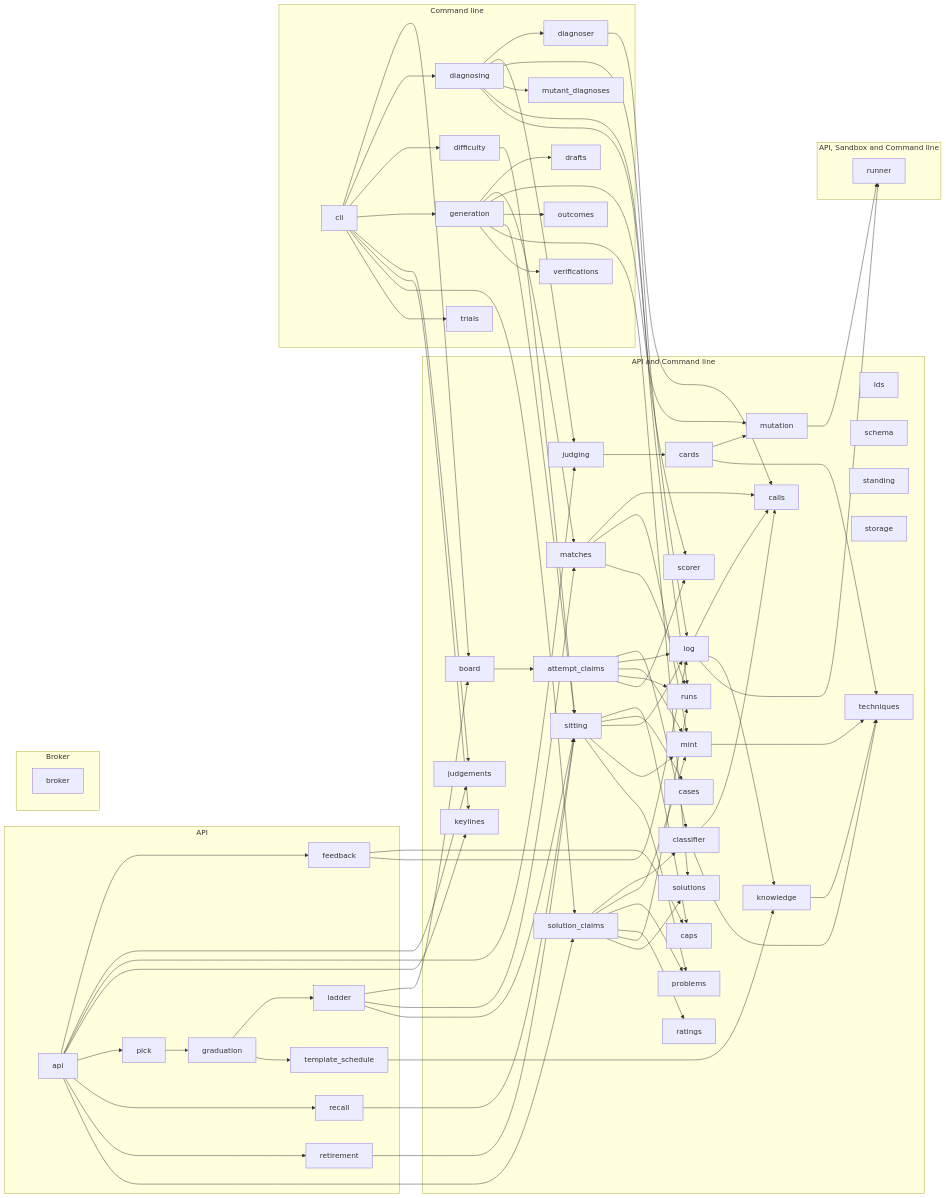
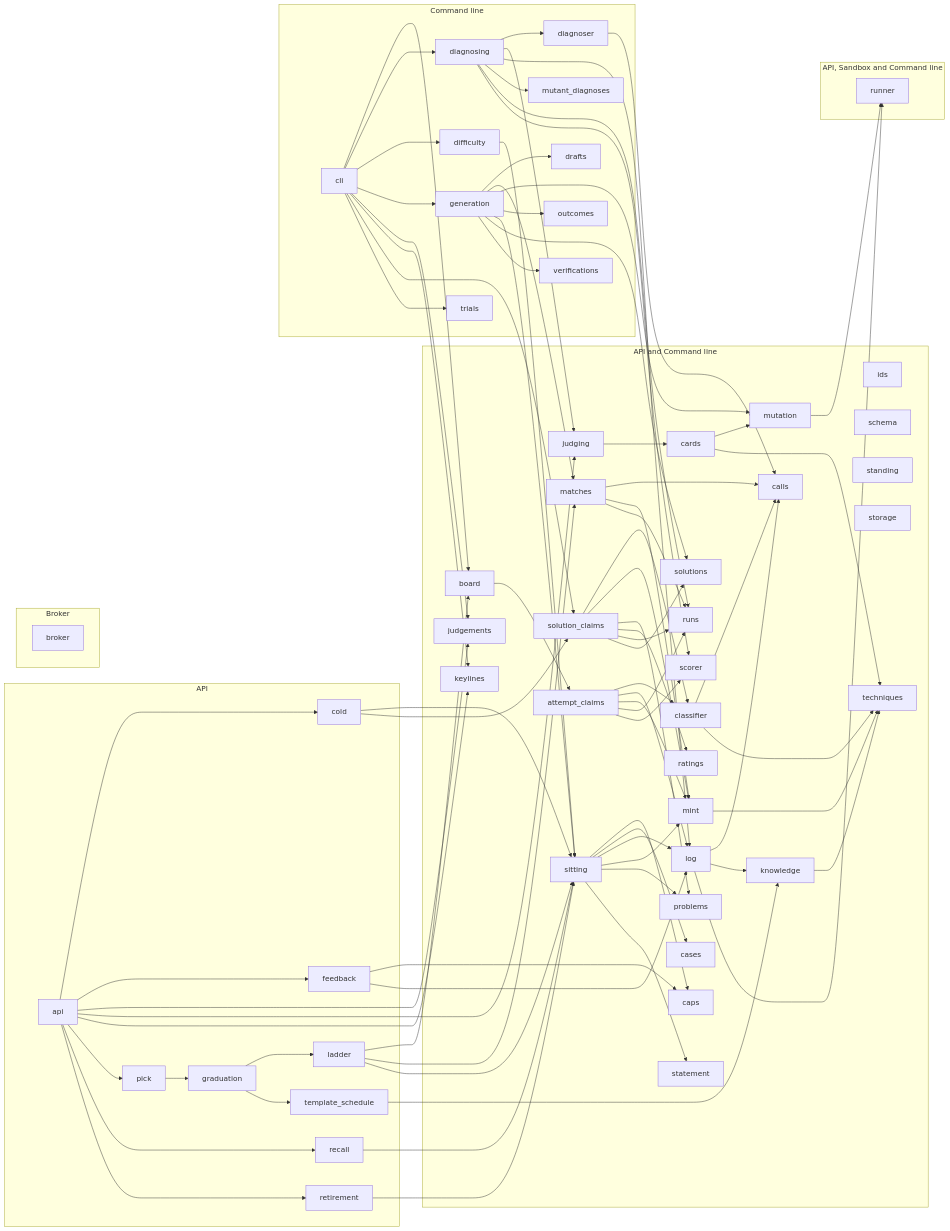
One commit to climbance/climbance changed the diagram in docs/architecture/modules.md. Above: the diagram before and after it, drawn with Mermaid. The commit also changed 17 other files, not shown here.

First line of the commit message:
feat(cold): serve and judge a cold sitting

```diff
--- a/docs/architecture/modules.md
+++ b/docs/architecture/modules.md
@@ -36,6 +36,7 @@
 flowchart LR
     subgraph g0["API"]
         climb_api["api"]
+        climb_cold["cold"]
         climb_feedback["feedback"]
         climb_graduation["graduation"]
         climb_ladder["ladder"]
@@ -85,12 +86,14 @@
         climb_solution_claims["solution_claims"]
         climb_solutions["solutions"]
         climb_standing["standing"]
+        climb_statement["statement"]
         climb_storage["storage"]
         climb_techniques["techniques"]
     end
     subgraph g4["API, Sandbox and Command line"]
         climb_runner["runner"]
     end
+    climb_api --> climb_cold
     climb_api --> climb_feedback
     climb_api --> climb_judgements
     climb_api --> climb_judging
@@ -98,7 +101,6 @@
     climb_api --> climb_pick
     climb_api --> climb_recall
     climb_api --> climb_retirement
-    climb_api --> climb_solution_claims
     climb_attempt_claims --> climb_classifier
     climb_attempt_claims --> climb_log
     climb_attempt_claims --> climb_mint
@@ -117,6 +119,8 @@
     climb_cli --> climb_keylines
     climb_cli --> climb_solution_claims
     climb_cli --> climb_trials
+    climb_cold --> climb_sitting
+    climb_cold --> climb_solution_claims
     climb_diagnoser --> climb_calls
     climb_diagnosing --> climb_diagnoser
     climb_diagnosing --> climb_judging
@@ -157,6 +161,7 @@
     climb_sitting --> climb_log
     climb_sitting --> climb_mint
     climb_sitting --> climb_problems
+    climb_sitting --> climb_statement
     climb_solution_claims --> climb_classifier
     climb_solution_claims --> climb_mint
     climb_solution_claims --> climb_problems
```
